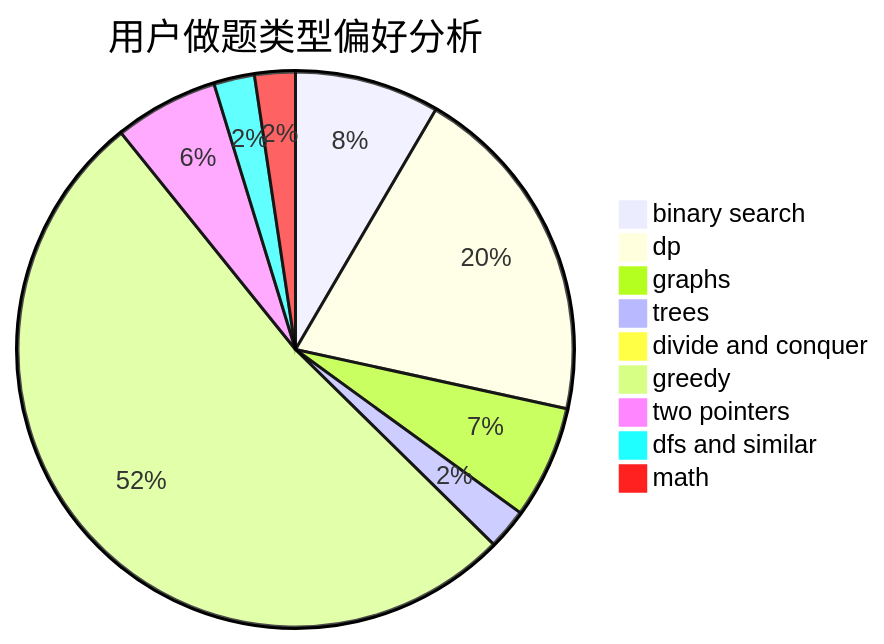
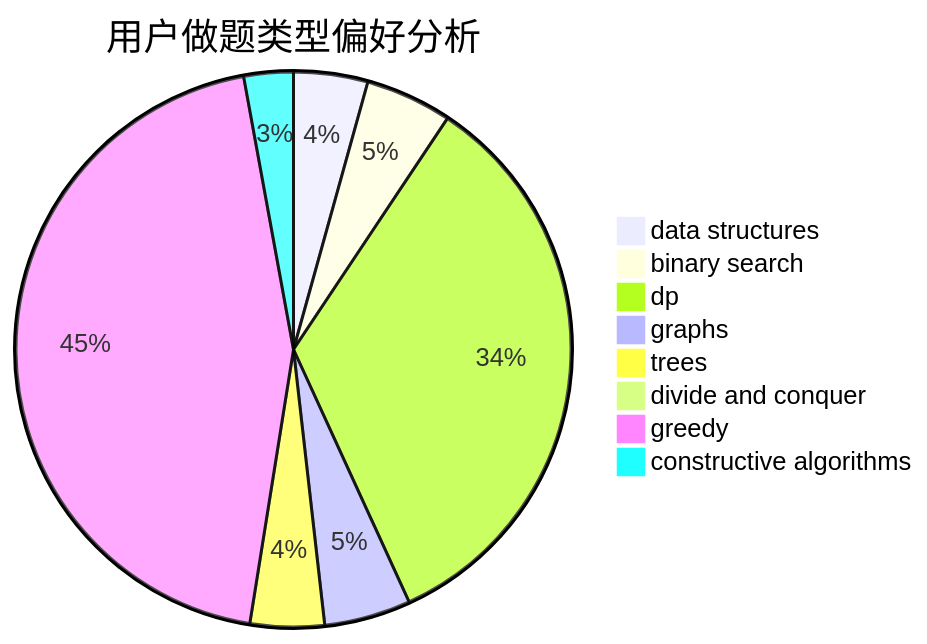
One commit to sherpahu/cfrs.github.io changed the second of 3 diagrams in docs/user/u485.md. Above: the diagram before and after it, drawn with Mermaid. The commit also changed other lines of this file and 2775 other files, not shown here.

````diff
--- a/docs/user/u485.md
+++ b/docs/user/u485.md
@@ -23,12 +23,11 @@
 ```mermaid
 pie title 用户做题类型偏好分析
-    "binary search" :  32
-    "dp" :  76
-    "graphs" :  25
-    "trees" :  9
+    "data structures" :  6
+    "binary search" :  7
+    "dp" :  47
+    "graphs" :  7
+    "trees" :  6
     "divide and conquer" :  0
-    "greedy" :  197
-    "two pointers" :  23
-    "dfs and similar" :  9
-    "math" :  9
+    "greedy" :  62
+    "constructive algorithms" :  4
 ```
````
